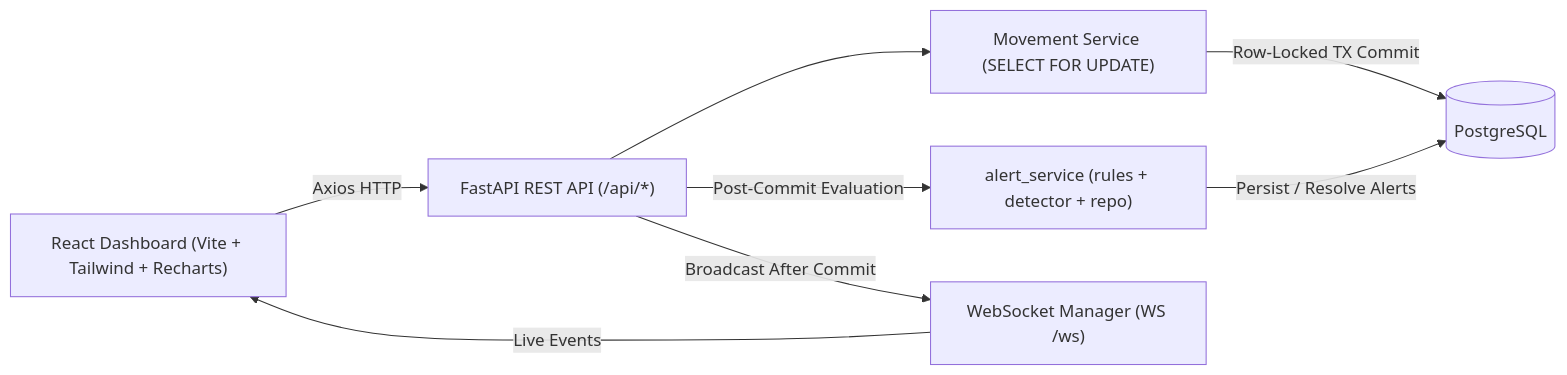
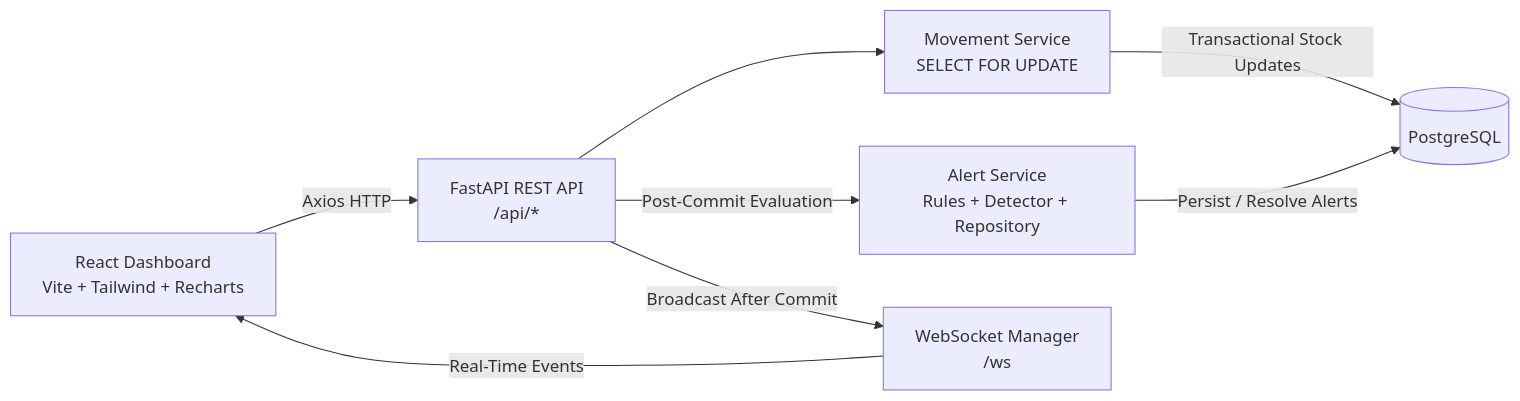
The diagram in README.md (shrish2406/-Intelligent-Inventory-Control-with-Low-Stock-Alerts), drawn with Mermaid before and after one commit. The commit also changed other lines of this file, not shown here.

````diff
--- a/README.md
+++ b/README.md
@@ -158,17 +222,17 @@
-```mermaid
+``` mermaid
 flowchart LR
-    UI["React Dashboard (Vite + Tailwind + Recharts)"]
-    API["FastAPI REST API (/api/*)"]
-    WS["WebSocket Manager (WS /ws)"]
-    SVC["Movement Service (SELECT FOR UPDATE)"]
-    ALERT["alert_service (rules + detector + repo)"]
+    UI["React Dashboard<br/>Vite + Tailwind + Recharts"]
+    API["FastAPI REST API<br/>/api/*"]
+    WS["WebSocket Manager<br/>/ws"]
+    SVC["Movement Service<br/>SELECT FOR UPDATE"]
+    ALERT["Alert Service<br/>Rules + Detector + Repository"]
     DB[("PostgreSQL")]
 
-    UI -- "Axios HTTP" --> API
+    UI -->|"Axios HTTP"| API
     API --> SVC
-    SVC -- "Row-Locked TX Commit" --> DB
-    API -- "Post-Commit Evaluation" --> ALERT
-    ALERT -- "Persist / Resolve Alerts" --> DB
-    API -- "Broadcast After Commit" --> WS
-    WS -- "Live Events" --> UI
+    SVC -->|"Transactional Stock Updates"| DB
+    API -->|"Post-Commit Evaluation"| ALERT
+    ALERT -->|"Persist / Resolve Alerts"| DB
+    API -->|"Broadcast After Commit"| WS
+    WS -->|"Real-Time Events"| UI
 ```
````
